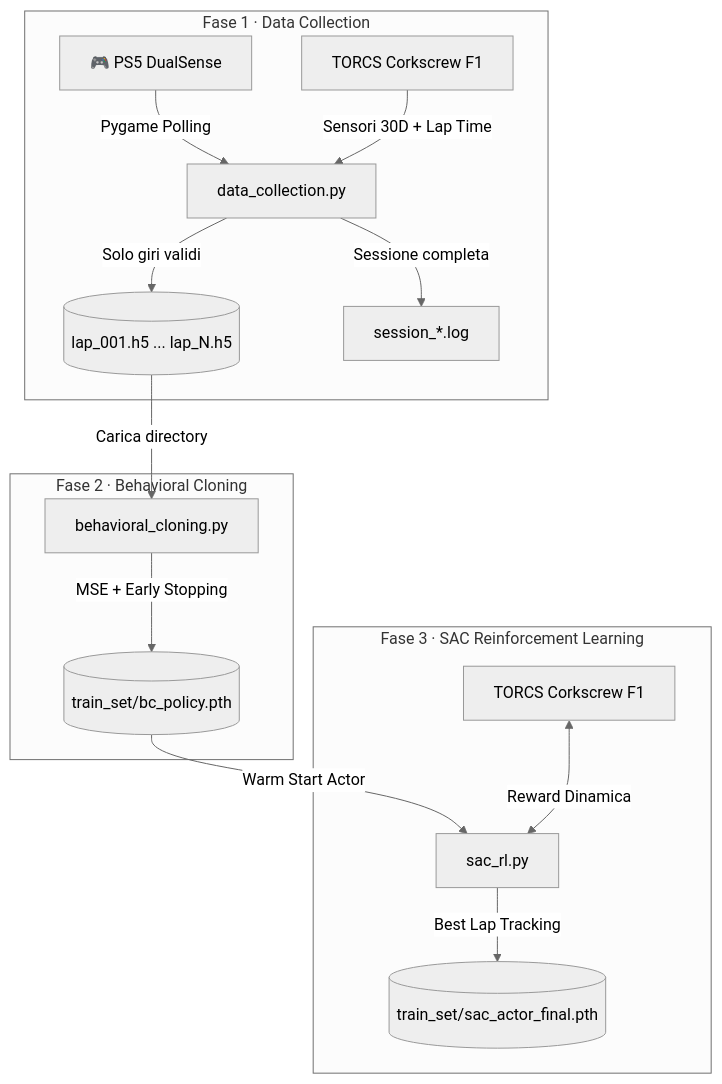
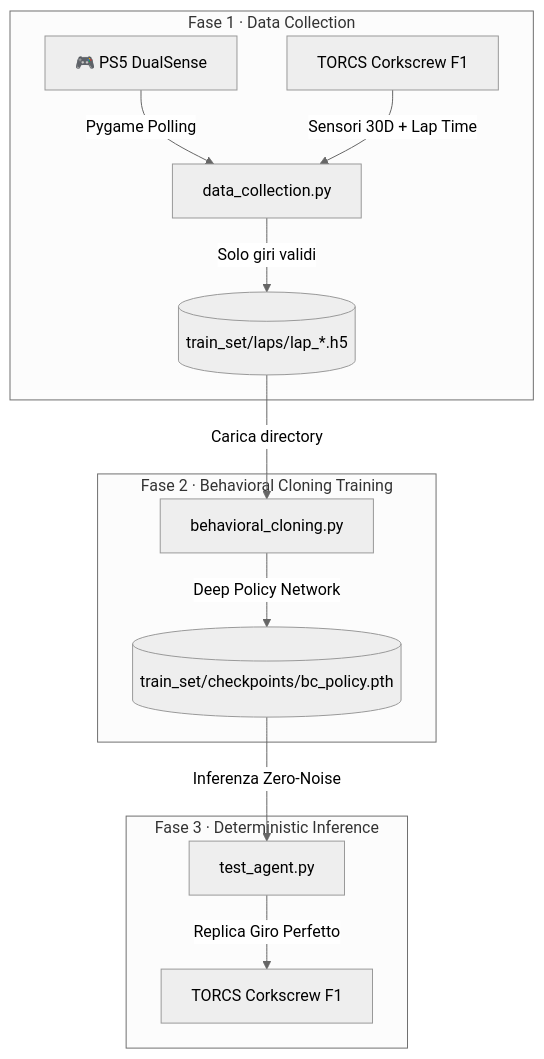
Before and after one commit to GT2DeathGun005/Iterative-Motors: the diagram in README.md, drawn with Mermaid (neutral theme). The commit also changed other lines of this file and 7 other files, not shown here.

Commit message:
refactor: simplify project architecture by migrating from hybrid IL-RL to pure Behavioral Cloning

````diff
--- a/README.md
+++ b/README.md
@@ -15,20 +13,18 @@
 ```mermaid
 graph TD
     subgraph "Fase 1 · Data Collection"
     PS5[🎮 PS5 DualSense] -->|Pygame Polling| DC[data_collection.py]
     T1[TORCS Corkscrew F1] -->|Sensori 30D + Lap Time| DC
-    DC -->|Solo giri validi| H5[(lap_001.h5 ... lap_N.h5)]
-    DC -->|Sessione completa| LOG[session_*.log]
+    DC -->|Solo giri validi| H5[(train_set/laps/lap_*.h5)]
 end
 
-    subgraph "Fase 2 · Behavioral Cloning"
+    subgraph "Fase 2 · Behavioral Cloning Training"
         H5 -->|Carica directory| BC[behavioral_cloning.py]
-        BC -->|MSE + Early Stopping| WEIGHTS[(train_set/bc_policy.pth)]
+        BC -->|Deep Policy Network| WEIGHTS[(train_set/checkpoints/bc_policy.pth)]
     end
 
-    subgraph "Fase 3 · SAC Reinforcement Learning"
-        WEIGHTS -->|Warm Start Actor| SAC[sac_rl.py]
-        T2[TORCS Corkscrew F1] <-->|Reward Dinamica| SAC
-        SAC -->|Best Lap Tracking| FINAL[(train_set/sac_actor_final.pth)]
+    subgraph "Fase 3 · Deterministic Inference"
+        WEIGHTS -->|Inferenza Zero-Noise| TEST[test_agent.py]
+        TEST -->|Replica Giro Perfetto| T2[TORCS Corkscrew F1]
     end
 ```
````
